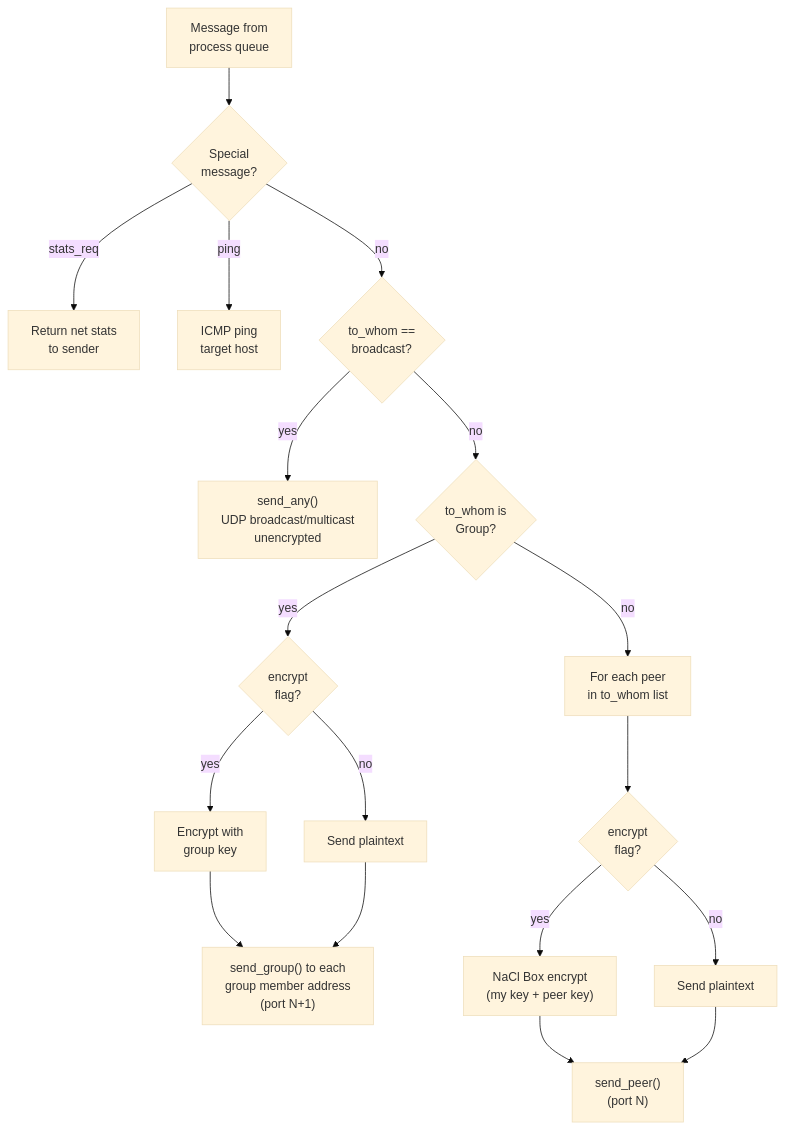
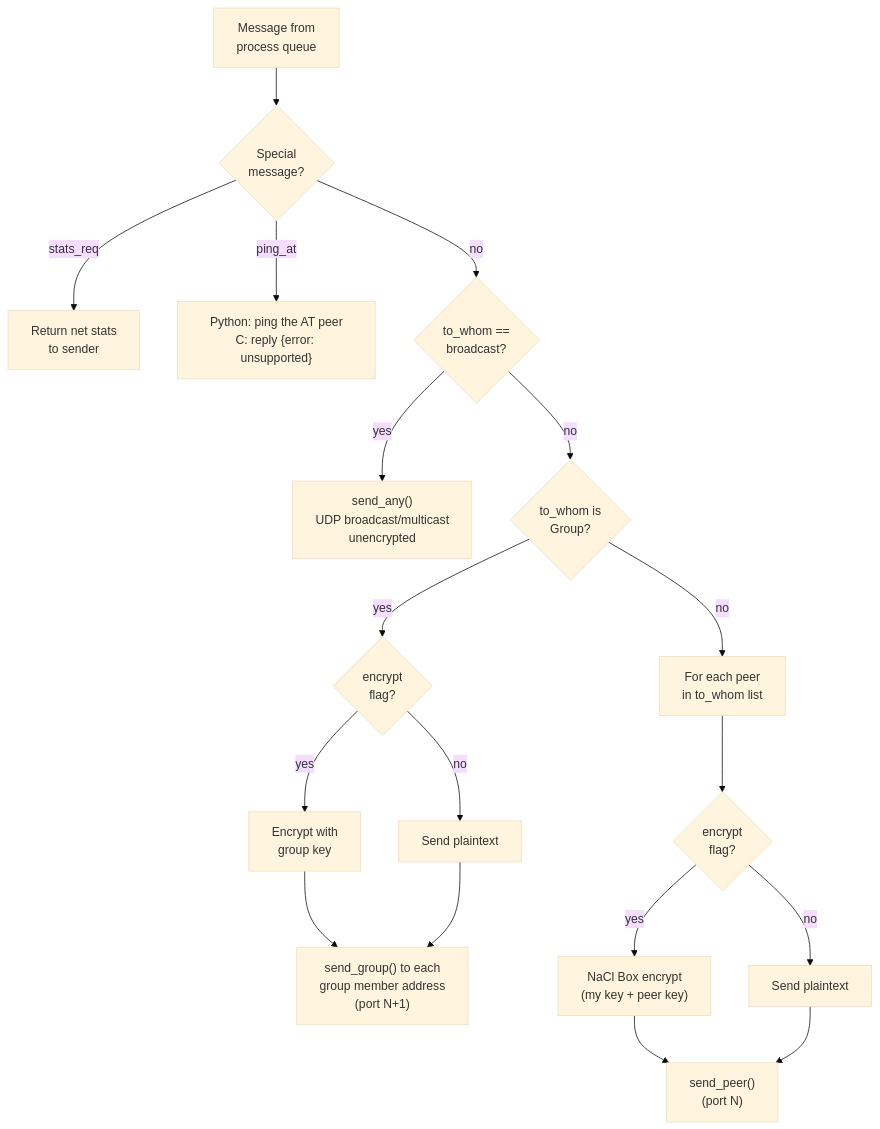
The first of 2 diagrams in doc/architecture/networking.md (sean-m-brennan/autonomous-trust), drawn with Mermaid (base theme) before and after one commit. The commit also changed other lines of this file and 56 other files, not shown here.

````diff
--- a/doc/architecture/networking.md
+++ b/doc/architecture/networking.md
@@ -64,20 +103,20 @@
 ```mermaid
 flowchart TD
     Start["Message from<br/>process queue"] --> Special{"Special<br/>message?"}
     Special -- "stats_req" --> Stats["Return net stats<br/>to sender"]
-    Special -- "ping" --> Ping["ICMP ping<br/>target host"]
+    Special -- "ping_at" --> Ping["Python: ping the AT peer<br/>C: reply {error: unsupported}"]
     Special -- "no" --> Broadcast{"to_whom ==<br/>broadcast?"}
     Broadcast -- "yes" --> SendAny["send_any()<br/>UDP broadcast/multicast<br/>unencrypted"]
     Broadcast -- "no" --> GroupCheck{"to_whom is<br/>Group?"}
     GroupCheck -- "yes" --> GroupEnc{"encrypt<br/>flag?"}
     GroupEnc -- "yes" --> GrpEncrypt["Encrypt with<br/>group key"]
     GroupEnc -- "no" --> GrpPlain["Send plaintext"]
     GrpEncrypt --> SendGroup["send_group() to each<br/>group member address<br/>(port N+1)"]
     GrpPlain --> SendGroup
     GroupCheck -- "no" --> PeerLoop["For each peer<br/>in to_whom list"]
     PeerLoop --> PeerEnc{"encrypt<br/>flag?"}
     PeerEnc -- "yes" --> PeerEncrypt["NaCl Box encrypt<br/>(my key + peer key)"]
     PeerEnc -- "no" --> PeerPlain["Send plaintext"]
     PeerEncrypt --> SendPeer["send_peer()<br/>(port N)"]
     PeerPlain --> SendPeer
 ```
````
